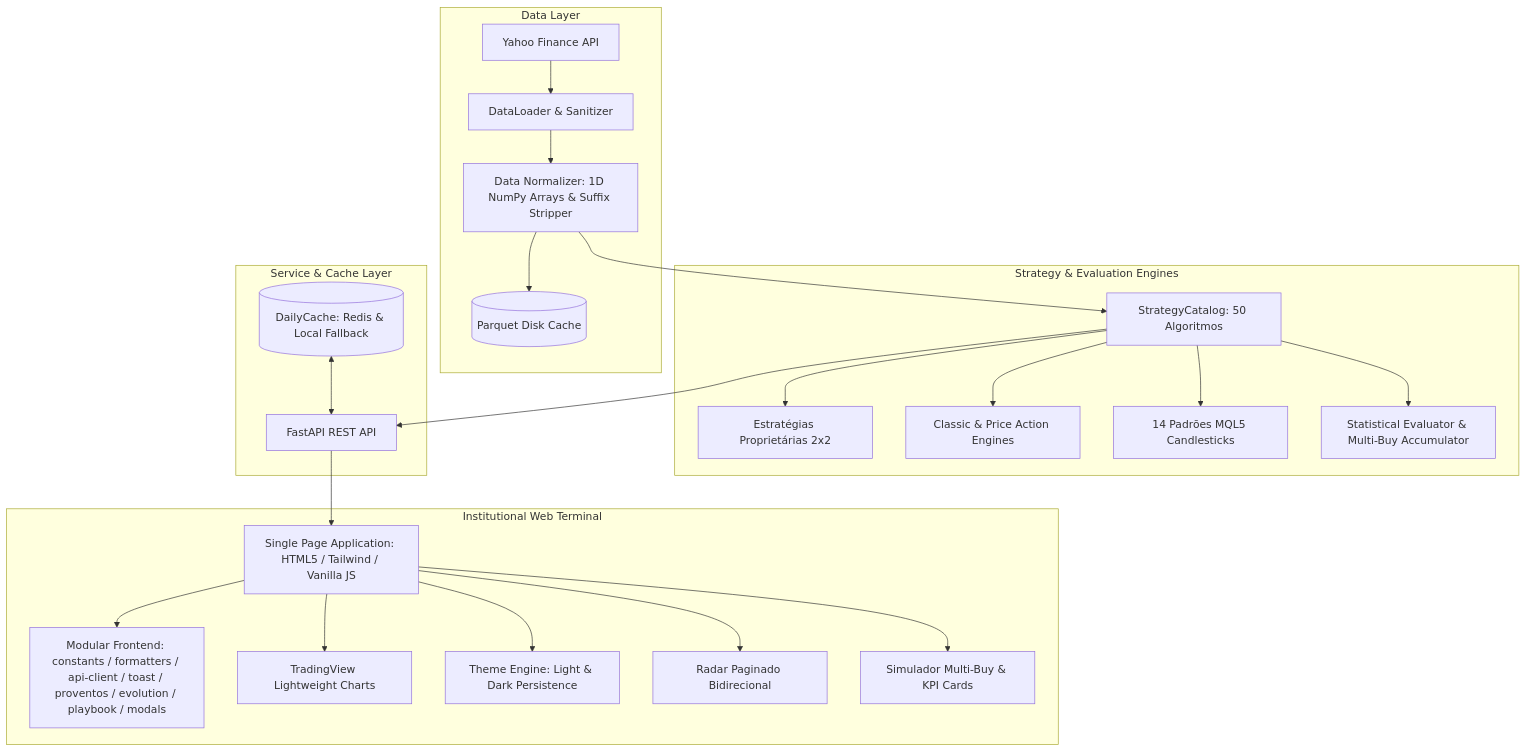
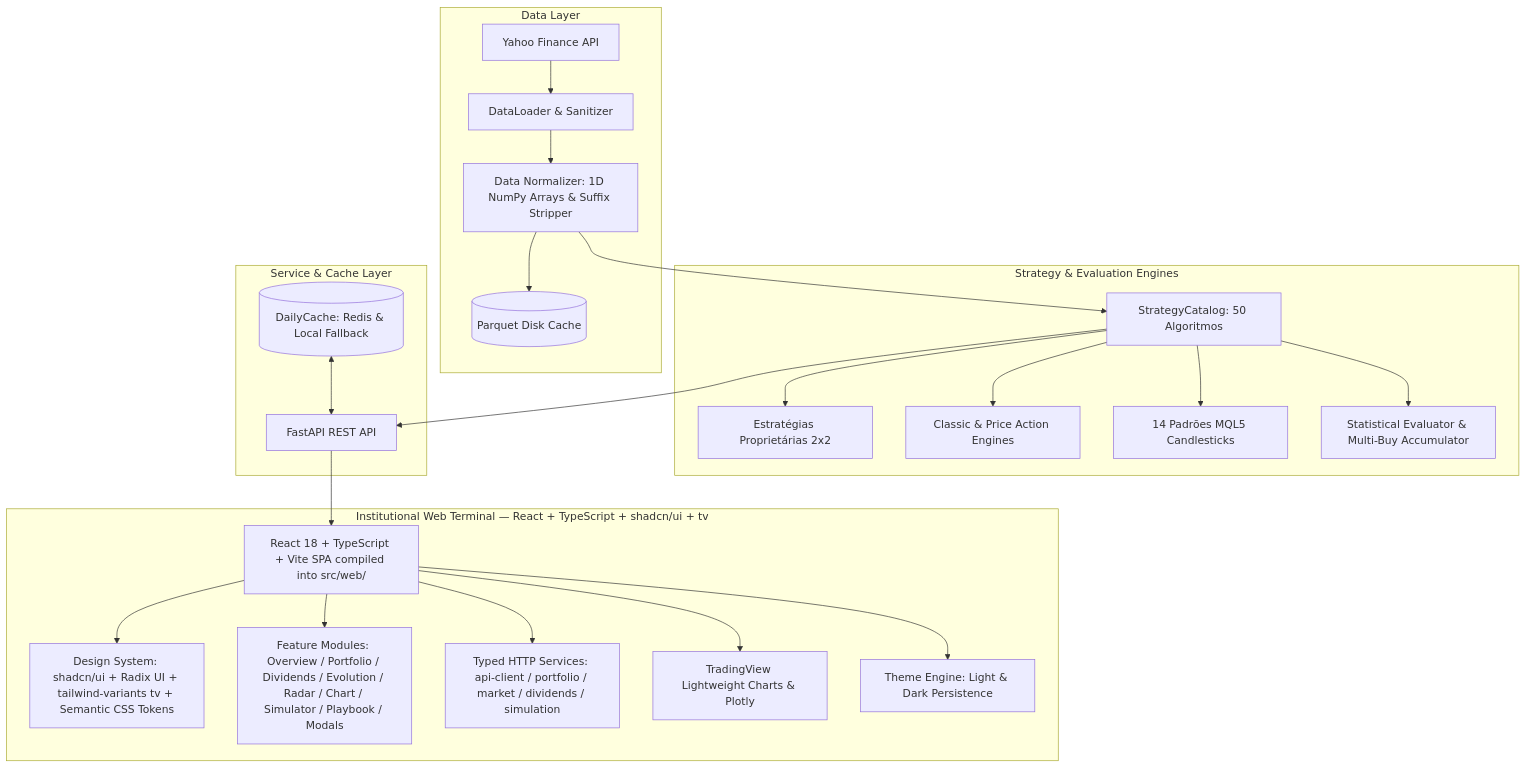
Before and after one commit to Silasmelo12/market-opportunity-engine: the diagram in README.md, drawn with Mermaid. The commit also changed other lines of this file and 5 other files, not shown here.

````diff
--- a/README.md
+++ b/README.md
@@ -109,30 +111,30 @@
 ```mermaid
 flowchart TD
     subgraph Data Layer [Data Layer]
         YF[Yahoo Finance API] --> Loader[DataLoader & Sanitizer]
         Loader --> Normalizer[Data Normalizer: 1D NumPy Arrays & Suffix Stripper]
         Normalizer --> ParquetCache[(Parquet Disk Cache)]
     end
 
     subgraph Quantitative Core [Strategy & Evaluation Engines]
         Normalizer --> Catalog[StrategyCatalog: 50 Algoritmos]
         Catalog --> PropEngines[Estratégias Proprietárias 2x2]
         Catalog --> ClassicEngines[Classic & Price Action Engines]
         Catalog --> MQL5Engines[14 Padrões MQL5 Candlesticks]
         Catalog --> StatEval[Statistical Evaluator & Multi-Buy Accumulator]
     end
 
     subgraph Service & Cache Layer [Service & Cache Layer]
         Catalog --> FastAPIServer[FastAPI REST API]
         DailyCache[(DailyCache: Redis & Local Fallback)] <--> FastAPIServer
     end
 
-    subgraph Presentation Layer [Institutional Web Terminal]
-        FastAPIServer --> WebSPA[Single Page Application: HTML5 / Tailwind / Vanilla JS]
-        WebSPA --> Modules[Modular Frontend: constants / formatters / api-client / toast / proventos / evolution / playbook / modals]
-        WebSPA --> TVChart[TradingView Lightweight Charts]
+    subgraph Presentation Layer [Institutional Web Terminal — React + TypeScript + shadcn/ui + tv]
+        FastAPIServer --> WebSPA[React 18 + TypeScript + Vite SPA compiled into src/web/]
+        WebSPA --> DesignSystem[Design System: shadcn/ui + Radix UI + tailwind-variants tv + Semantic CSS Tokens]
+        WebSPA --> Features[Feature Modules: Overview / Portfolio / Dividends / Evolution / Radar / Chart / Simulator / Playbook / Modals]
+        WebSPA --> Services[Typed HTTP Services: api-client / portfolio / market / dividends / simulation]
+        WebSPA --> TVChart[TradingView Lightweight Charts & Plotly]
         WebSPA --> ThemeEngine[Theme Engine: Light & Dark Persistence]
-        WebSPA --> RadarUI[Radar Paginado Bidirecional]
-        WebSPA --> SimUI[Simulador Multi-Buy & KPI Cards]
     end
 ```
````
